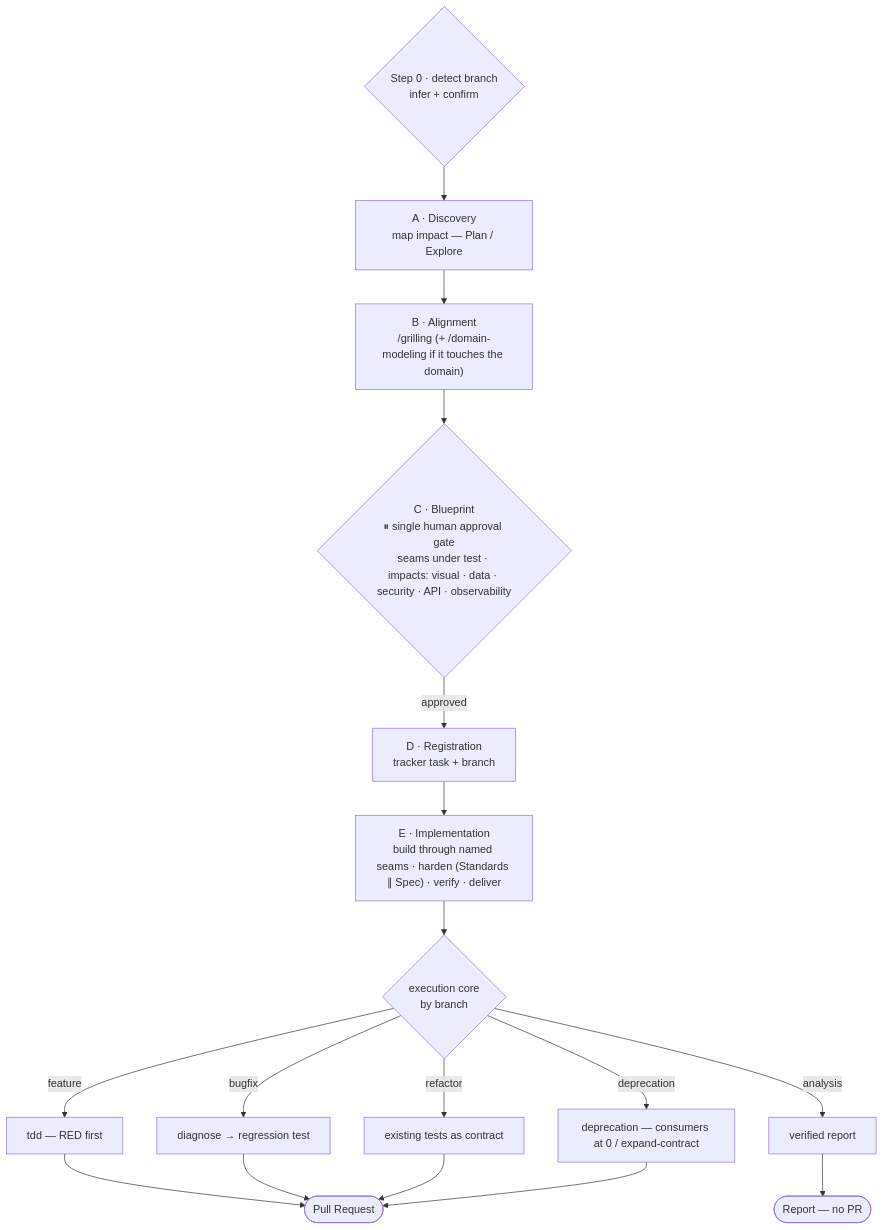
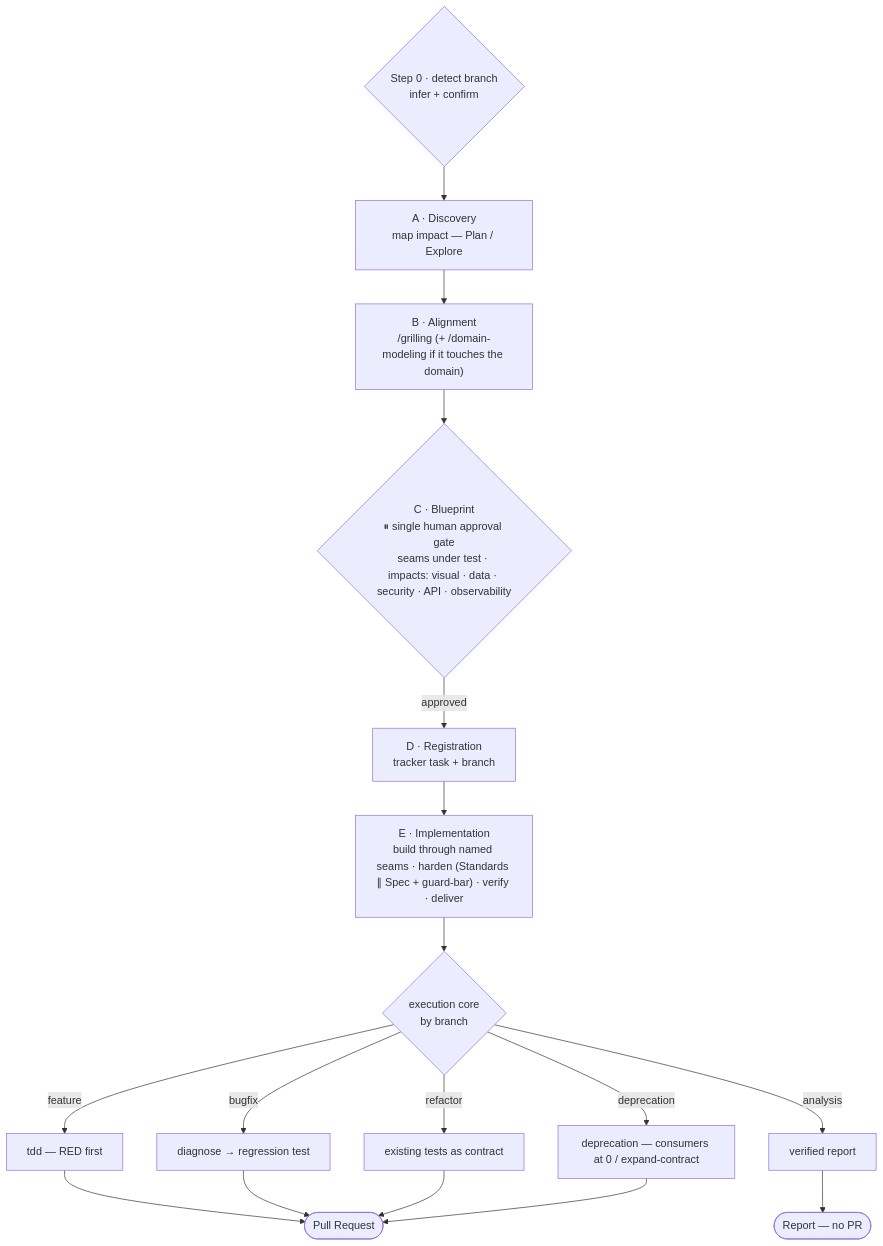
The diagram in README.md (pabloleonalcaide/development-skills), drawn with Mermaid before and after one commit. The commit also changed other lines of this file, not shown here.

Commit message:
docs: README covers guard-bar, blind verification and impact-driven skills

````diff
--- a/README.md
+++ b/README.md
@@ -13,20 +13,20 @@
 ```mermaid
 flowchart TD
     S0{"Step 0 · detect branch<br/>infer + confirm"}
     S0 --> A["A · Discovery<br/>map impact — Plan / Explore"]
     A --> B["B · Alignment<br/>/grilling (+ /domain-modeling if it touches the domain)"]
     B --> C{"C · Blueprint<br/>⏸ single human approval gate<br/>seams under test · impacts: visual · data · security · API · observability"}
     C -->|approved| D["D · Registration<br/>tracker task + branch"]
-    D --> E["E · Implementation<br/>build through named seams · harden (Standards ∥ Spec) · verify · deliver"]
+    D --> E["E · Implementation<br/>build through named seams · harden (Standards ∥ Spec + guard-bar) · verify · deliver"]
     E --> K{"execution core<br/>by branch"}
     K -->|feature| F["tdd — RED first"]
     K -->|bugfix| G["diagnose → regression test"]
     K -->|refactor| H["existing tests as contract"]
     K -->|deprecation| J["deprecation — consumers at 0 / expand-contract"]
     K -->|analysis| I["verified report"]
     F --> PR([Pull Request])
     G --> PR
     H --> PR
     J --> PR
     I --> REP([Report — no PR])
 ```
````
